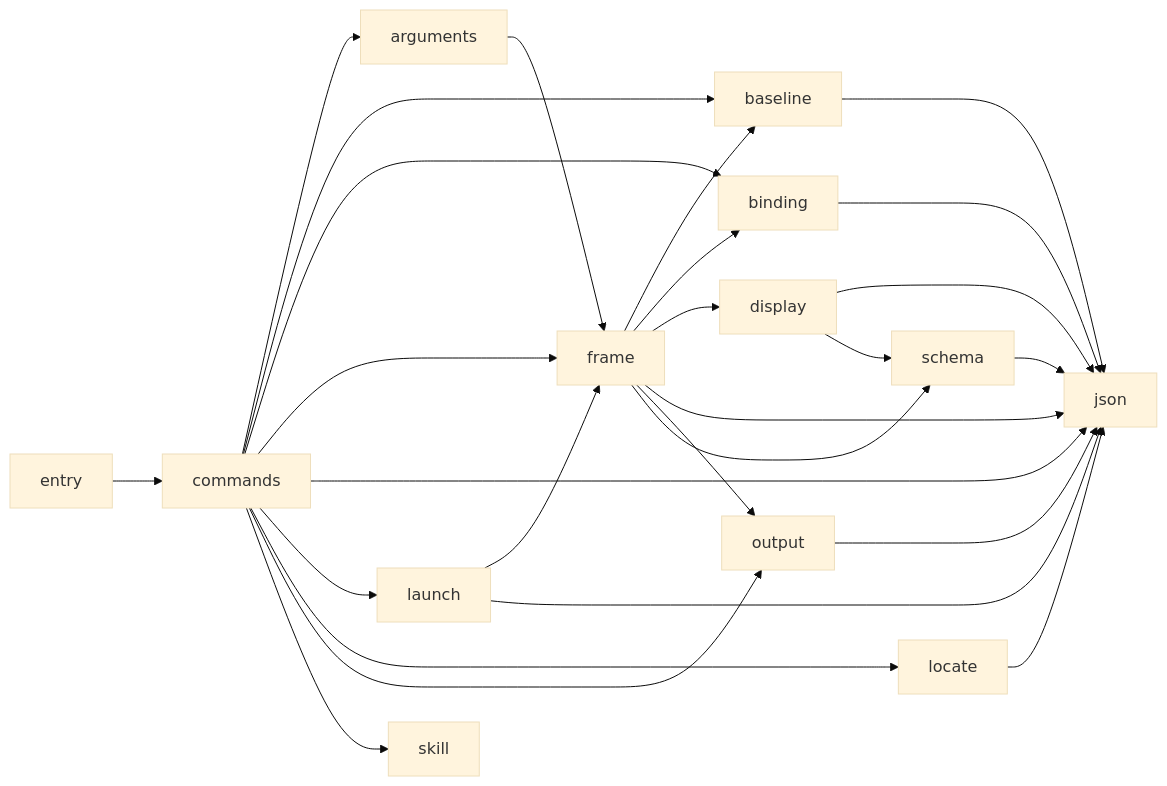
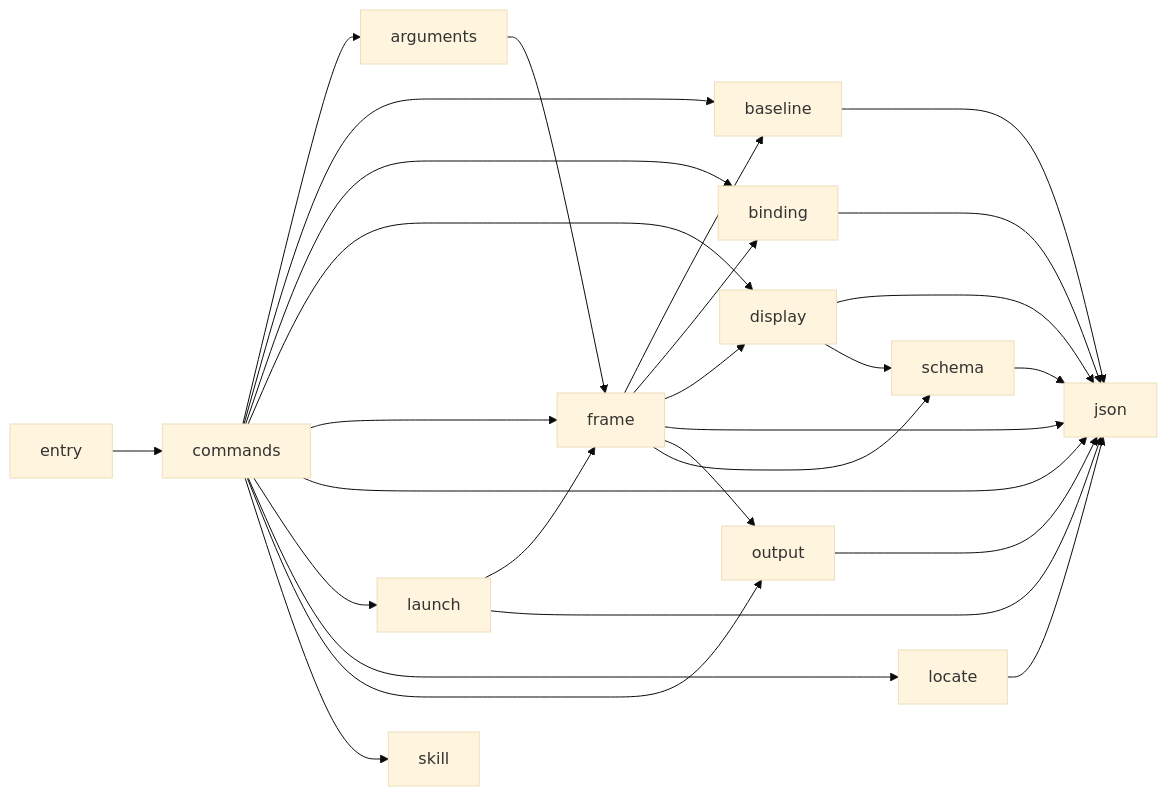
Before and after one commit to rapiddweller/archkeel: the diagram in docs/architecture/shell.md, drawn with Mermaid (base theme). The commit also changed 13 other files, not shown here.

````diff
--- a/docs/architecture/shell.md
+++ b/docs/architecture/shell.md
@@ -49,42 +49,43 @@
 ```mermaid
 flowchart LR
     n_0["arguments"]
     n_1["baseline"]
     n_2["binding"]
     n_3["commands"]
     n_4["display"]
     n_5["entry"]
     n_6["frame"]
     n_7["json"]
     n_8["launch"]
     n_9["locate"]
     n_10["output"]
     n_11["schema"]
     n_12["skill"]
     n_0 --> n_6
     n_1 --> n_7
     n_2 --> n_7
     n_3 --> n_0
     n_3 --> n_1
     n_3 --> n_2
+    n_3 --> n_4
     n_3 --> n_6
     n_3 --> n_7
     n_3 --> n_8
     n_3 --> n_9
     n_3 --> n_10
     n_3 --> n_12
     n_4 --> n_7
     n_4 --> n_11
     n_5 --> n_3
     n_6 --> n_1
     n_6 --> n_2
     n_6 --> n_4
     n_6 --> n_7
     n_6 --> n_10
     n_6 --> n_11
     n_8 --> n_6
     n_8 --> n_7
     n_9 --> n_7
     n_10 --> n_7
     n_11 --> n_7
 ```
````
